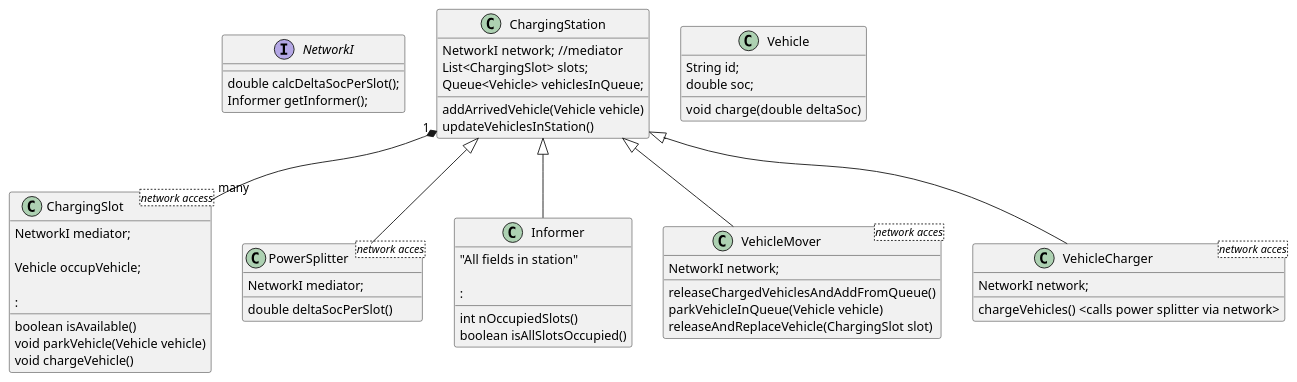
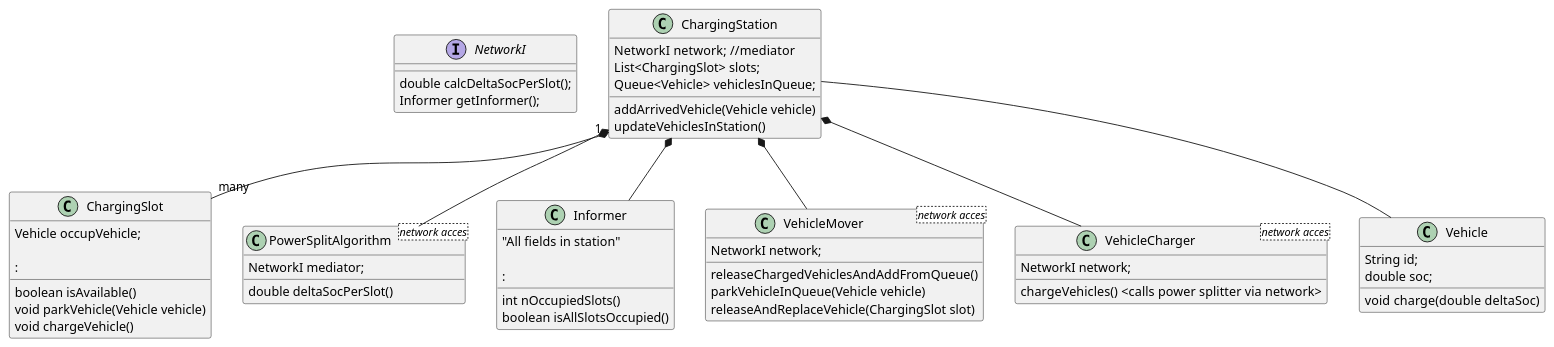
The diagram in src/java_design_patterns/G_mediator/charging_station_network/charge.puml (JonasHellgren/JavaBasics), drawn with PlantUML before and after one commit. The commit also changed 13 other files, not shown here.

Commit message:
slot not mediator

```diff
--- a/src/java_design_patterns/G_mediator/charging_station_network/charge.puml
+++ b/src/java_design_patterns/G_mediator/charging_station_network/charge.puml
@@ -1,75 +1,74 @@
 @startuml
 
 
 interface NetworkI {
     double calcDeltaSocPerSlot();
     Informer getInformer();
 }
 
 class ChargingStation {
    NetworkI network;  //mediator
        List<ChargingSlot> slots;
        Queue<Vehicle> vehiclesInQueue;
 
      addArrivedVehicle(Vehicle vehicle)
      updateVehiclesInStation()
 }
 
- class ChargingSlot<network access> {
-    NetworkI mediator;
+ class ChargingSlot {
 
     Vehicle occupVehicle;
 
     boolean isAvailable()
     void parkVehicle(Vehicle vehicle)
     void chargeVehicle()
     :
 }
 
- class PowerSplitter <network acces> {
+ class PowerSplitAlgorithm <network acces> {
     NetworkI mediator;
 
     double deltaSocPerSlot()
     }
 
 class Informer {
      "All fields in station"
 
      int nOccupiedSlots()
      boolean isAllSlotsOccupied()
 :
     }
 
 class VehicleMover <network acces> {
 
     NetworkI network;
 
     releaseChargedVehiclesAndAddFromQueue()
     parkVehicleInQueue(Vehicle vehicle)
     releaseAndReplaceVehicle(ChargingSlot slot)
 
     }
 
 class VehicleCharger <network acces>{
     NetworkI network;
 
     chargeVehicles()  <calls power splitter via network>
  }
 
 class Vehicle {
       String id;
       double soc;
 
       void  charge(double deltaSoc)
  }
 
-ChargingStation <|-- PowerSplitter
-ChargingStation <|-- VehicleMover
-ChargingStation <|-- VehicleCharger
-ChargingStation <|-- Informer
+ChargingStation *-- PowerSplitAlgorithm
+ChargingStation *-- VehicleMover
+ChargingStation *-- VehicleCharger
+ChargingStation *-- Informer
+ChargingStation "1" *-d- "many" ChargingSlot
+ChargingStation -- Vehicle
 
-
-
-ChargingStation "1" *-d- "many" ChargingSlot
+'PowerSplitAlgorithm  --- VehicleCharger
 
 @enduml
```
